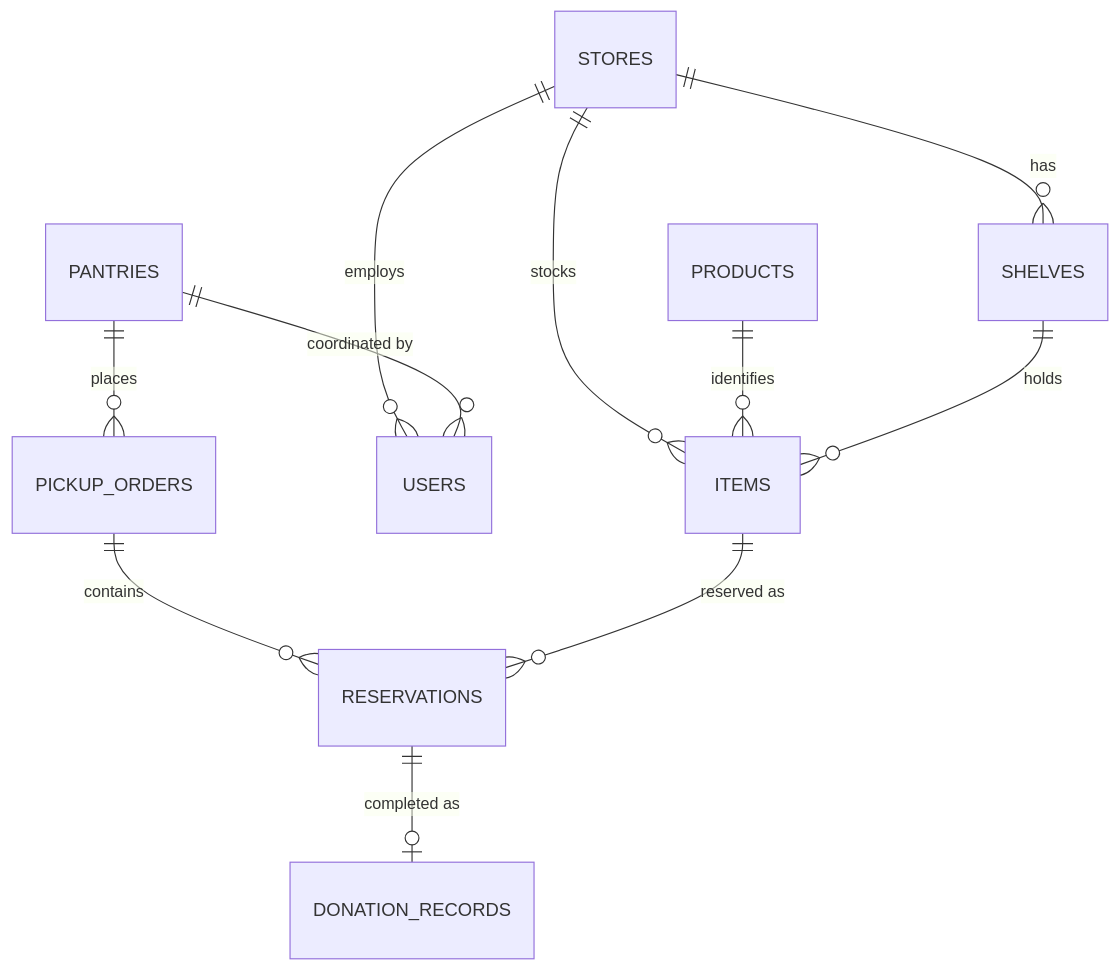
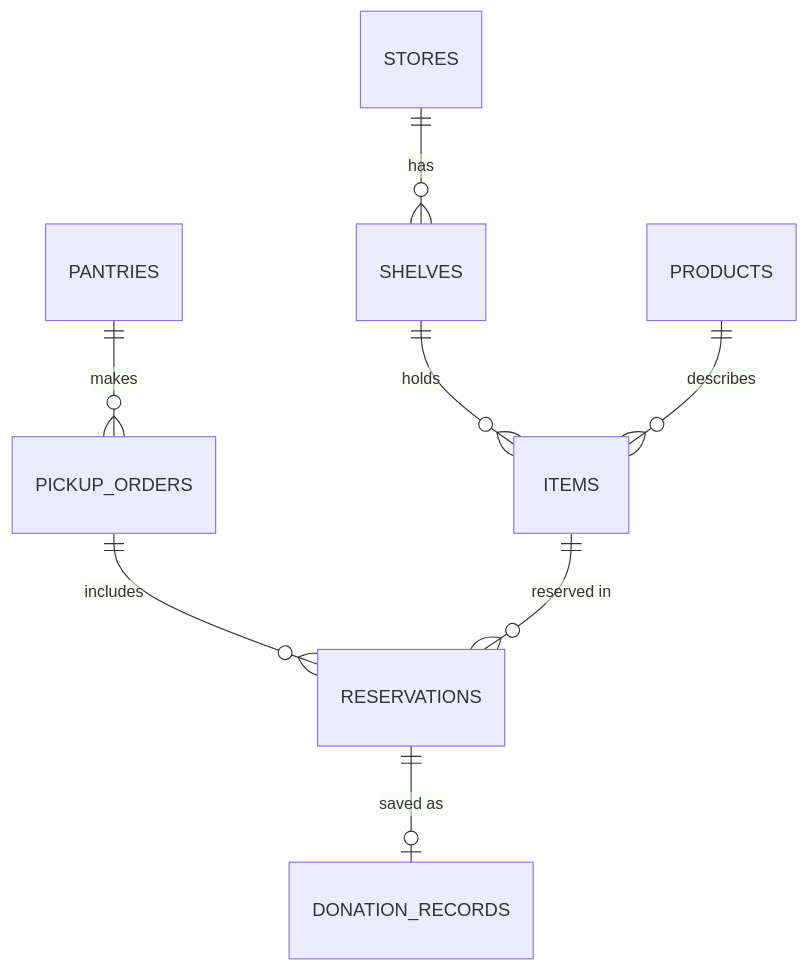
One commit to Evie0007/NourishNet changed the second of 3 diagrams in README.md. Above: the diagram before and after it, drawn with Mermaid. The commit also changed other lines of this file, not shown here.

````diff
--- a/README.md
+++ b/README.md
@@ -66,13 +91,10 @@
 ```mermaid
 erDiagram
     STORES ||--o{ SHELVES : has
-    STORES ||--o{ ITEMS : stocks
-    STORES ||--o{ USERS : employs
-    PRODUCTS ||--o{ ITEMS : "identifies"
     SHELVES ||--o{ ITEMS : holds
-    PANTRIES ||--o{ USERS : "coordinated by"
-    PANTRIES ||--o{ PICKUP_ORDERS : places
-    PICKUP_ORDERS ||--o{ RESERVATIONS : contains
-    ITEMS ||--o{ RESERVATIONS : "reserved as"
-    RESERVATIONS ||--o| DONATION_RECORDS : "completed as"
+    PRODUCTS ||--o{ ITEMS : "describes"
+    PANTRIES ||--o{ PICKUP_ORDERS : makes
+    PICKUP_ORDERS ||--o{ RESERVATIONS : includes
+    ITEMS ||--o{ RESERVATIONS : "reserved in"
+    RESERVATIONS ||--o| DONATION_RECORDS : "saved as"
 ```
````
